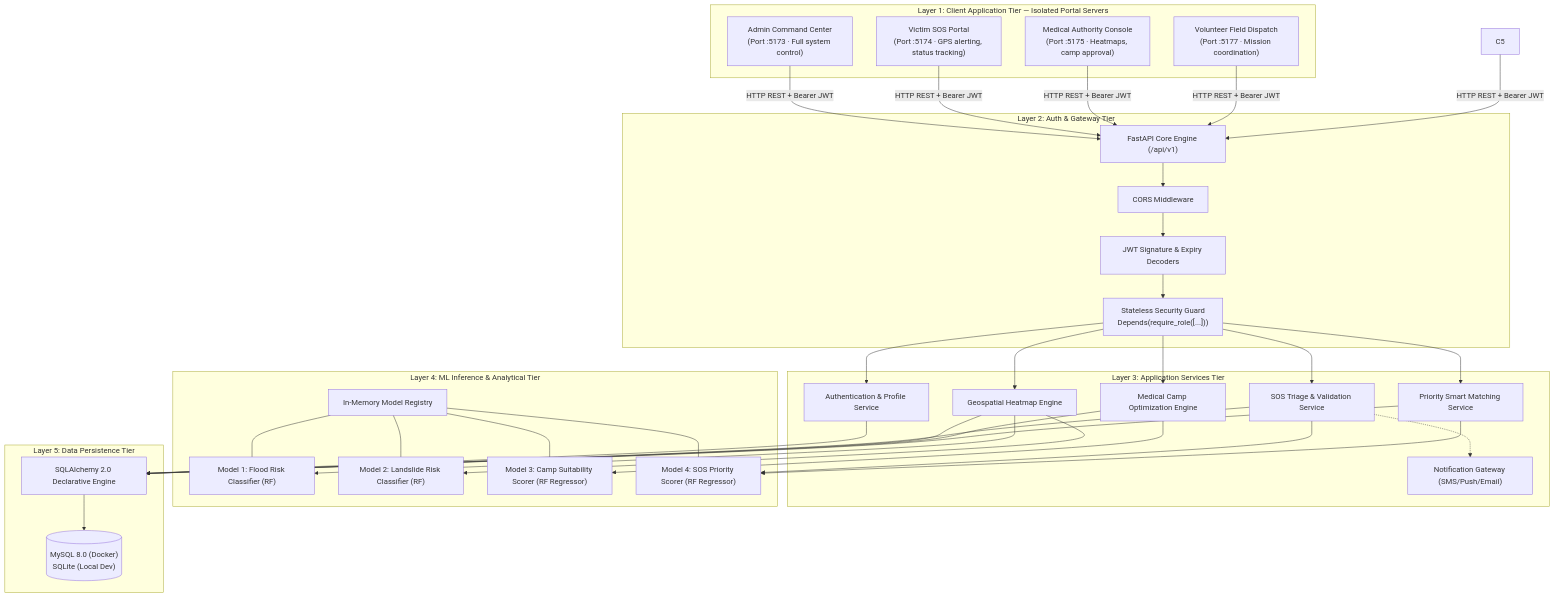
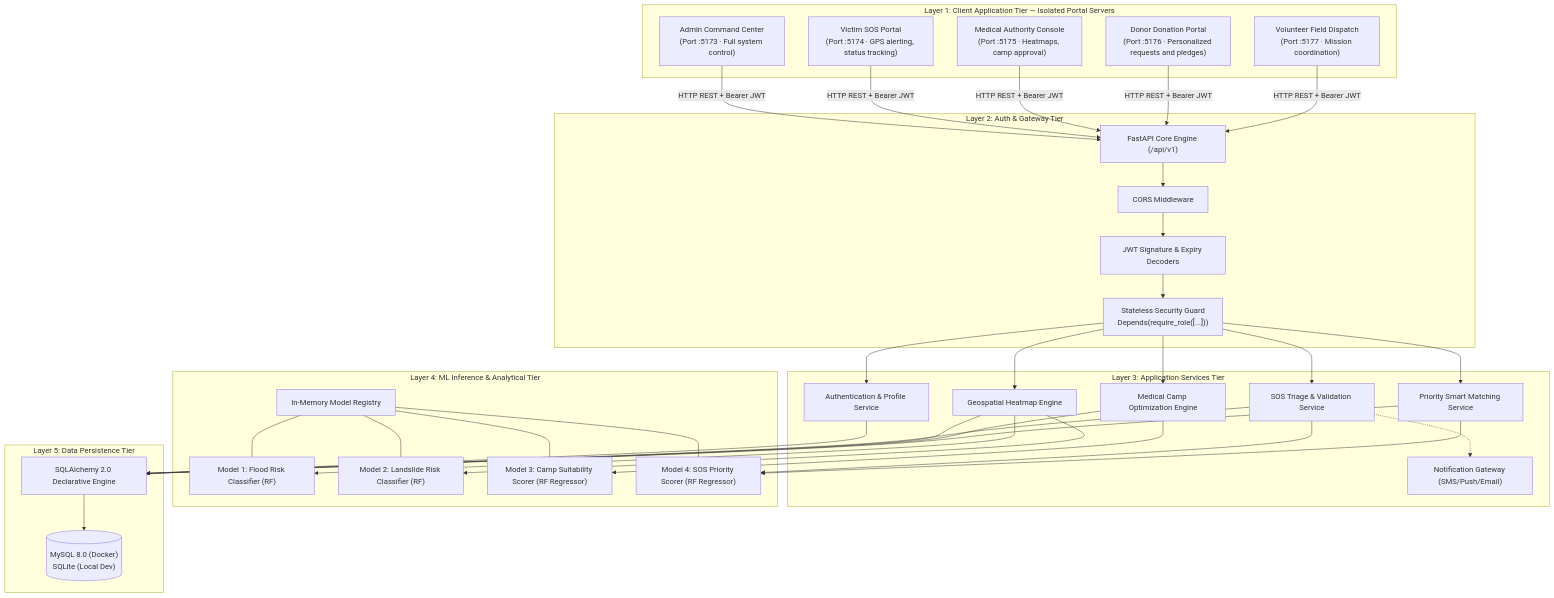
Before and after one commit to kavithaniwandi/R26-IT-047: the first of 2 diagrams in docs/01_system_architecture.md, drawn with Mermaid. The commit also changed other lines of this file and 6 other files, not shown here.

````diff
--- a/docs/01_system_architecture.md
+++ b/docs/01_system_architecture.md
@@ -10,53 +10,54 @@
 ```mermaid
 graph TB
     subgraph L1 ["Layer 1: Client Application Tier — Isolated Portal Servers"]
         C1["Admin Command Center<br/>(Port :5173 · Full system control)"]
         C2["Victim SOS Portal<br/>(Port :5174 · GPS alerting, status tracking)"]
         C3["Medical Authority Console<br/>(Port :5175 · Heatmaps, camp approval)"]
-        C4["Volunteer Field Dispatch<br/>(Port :5177 · Mission coordination)"]
+        C4["Donor Donation Portal<br/>(Port :5176 · Personalized requests and pledges)"]
+        C5["Volunteer Field Dispatch<br/>(Port :5177 · Mission coordination)"]
     end
 
     subgraph L2 ["Layer 2: Auth & Gateway Tier"]
         GW["FastAPI Core Engine (/api/v1)"]
         CORS["CORS Middleware"]
         SEC["Stateless Security Guard<br/>Depends(require_role([...]))"]
         JWT_DEC["JWT Signature & Expiry Decoders"]
     end
 
     subgraph L3 ["Layer 3: Application Services Tier"]
         S_AUTH["Authentication & Profile Service"]
         S_SOS["SOS Triage & Validation Service"]
         S_HEAT["Geospatial Heatmap Engine"]
         S_CAMP["Medical Camp Optimization Engine"]
         S_MATCH["Priority Smart Matching Service"]
         S_NOTIF["Notification Gateway (SMS/Push/Email)"]
     end
 
     subgraph L4 ["Layer 4: ML Inference & Analytical Tier"]
         ML_STORE["In-Memory Model Registry"]
         M_FLOOD["Model 1: Flood Risk Classifier (RF)"]
         M_LAND["Model 2: Landslide Risk Classifier (RF)"]
         M_CAMP["Model 3: Camp Suitability Scorer (RF Regressor)"]
         M_PRIO["Model 4: SOS Priority Scorer (RF Regressor)"]
     end
 
     subgraph L5 ["Layer 5: Data Persistence Tier"]
         ORM["SQLAlchemy 2.0 Declarative Engine"]
         DB[("MySQL 8.0 (Docker)
 SQLite (Local Dev)")]
     end
 
     C1 & C2 & C3 & C4 & C5 -->|HTTP REST + Bearer JWT| GW
     GW --> CORS --> JWT_DEC --> SEC
     SEC --> S_AUTH & S_SOS & S_HEAT & S_CAMP & S_MATCH
     
     S_SOS --> M_PRIO
     S_HEAT --> M_FLOOD & M_LAND
     S_CAMP --> M_CAMP
     S_MATCH --> M_PRIO
     
     ML_STORE --- M_FLOOD & M_LAND & M_CAMP & M_PRIO
 
     S_AUTH & S_SOS & S_HEAT & S_CAMP & S_MATCH --> ORM --> DB
     S_SOS -.-> S_NOTIF
 ```
````
